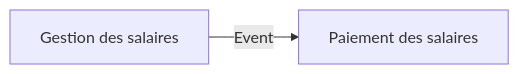
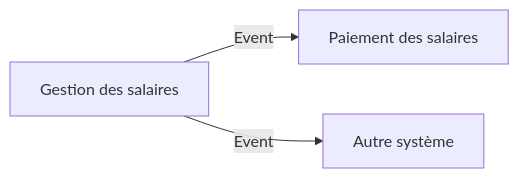
Before and after one commit to diplomegalo/event-driven: the second of 4 diagrams in website/docs/Building Event Driven Microservices/Building Event Driven Microservices.md, drawn with Mermaid. The commit also changed other lines of this file, not shown here.

````diff
--- a/website/docs/Building Event Driven Microservices/Building Event Driven Microservices.md
+++ b/website/docs/Building Event Driven Microservices/Building Event Driven Microservices.md
@@ -51,4 +55,5 @@
 ```mermaid
 graph LR
     A[Gestion des salaires] -- Event --> B[Paiement des salaires]
+    A -- Event --> C[Autre système]
 ```
````
